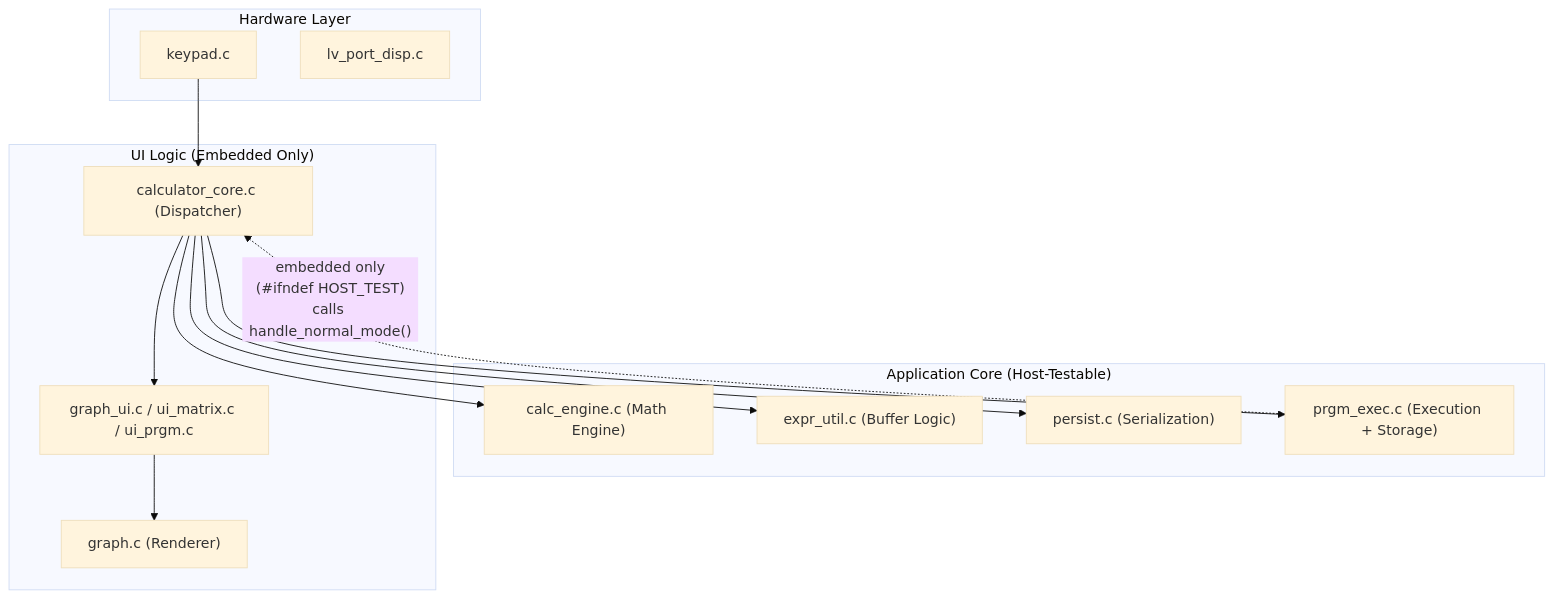
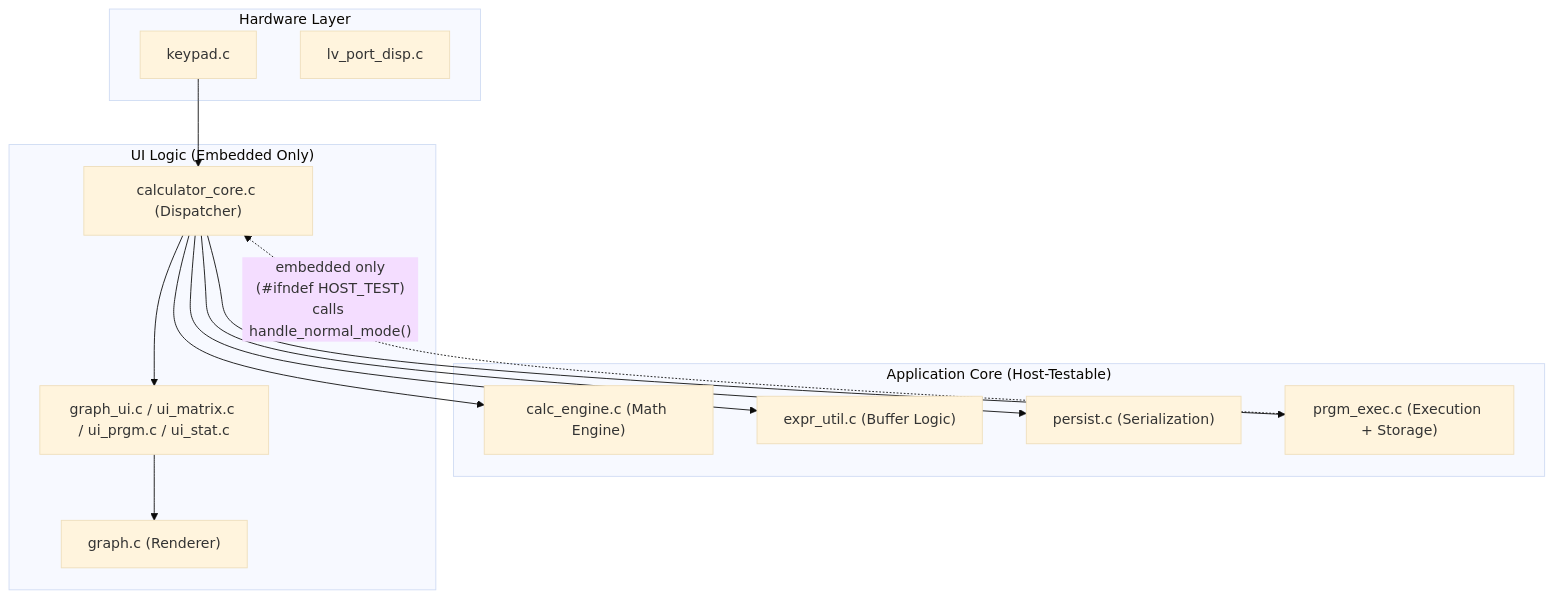
The second of 2 diagrams in docs/ARCHITECTURE.md (mndxc/STM32F429-TI81-Calculator), drawn with Mermaid (base theme) before and after one commit. The commit also changed 205 other files, not shown here.

First line of the commit message:
feat(P30/P34): STAT menu + parametric graphing

````diff
--- a/docs/ARCHITECTURE.md
+++ b/docs/ARCHITECTURE.md
@@ -47,29 +47,29 @@
 ```mermaid
 graph TD
     subgraph "Hardware Layer"
         HW_K["keypad.c"]
         HW_D["lv_port_disp.c"]
     end
 
     subgraph "Application Core (Host-Testable)"
         CE["calc_engine.c (Math Engine)"]
         EU["expr_util.c (Buffer Logic)"]
         PE["persist.c (Serialization)"]
         PRE["prgm_exec.c (Execution + Storage)"]
     end
 
     subgraph "UI Logic (Embedded Only)"
         CC["calculator_core.c (Dispatcher)"]
-        GUI["graph_ui.c / ui_matrix.c / ui_prgm.c"]
+        GUI["graph_ui.c / ui_matrix.c / ui_prgm.c / ui_stat.c"]
         G["graph.c (Renderer)"]
     end
 
     HW_K --> CC
     CC --> GUI
     CC --> CE
     CC --> EU
     CC --> PE
     CC --> PRE
     GUI --> G
     PRE -. "embedded only\n(#ifndef HOST_TEST)\ncalls handle_normal_mode()" .-> CC
 ```
````
